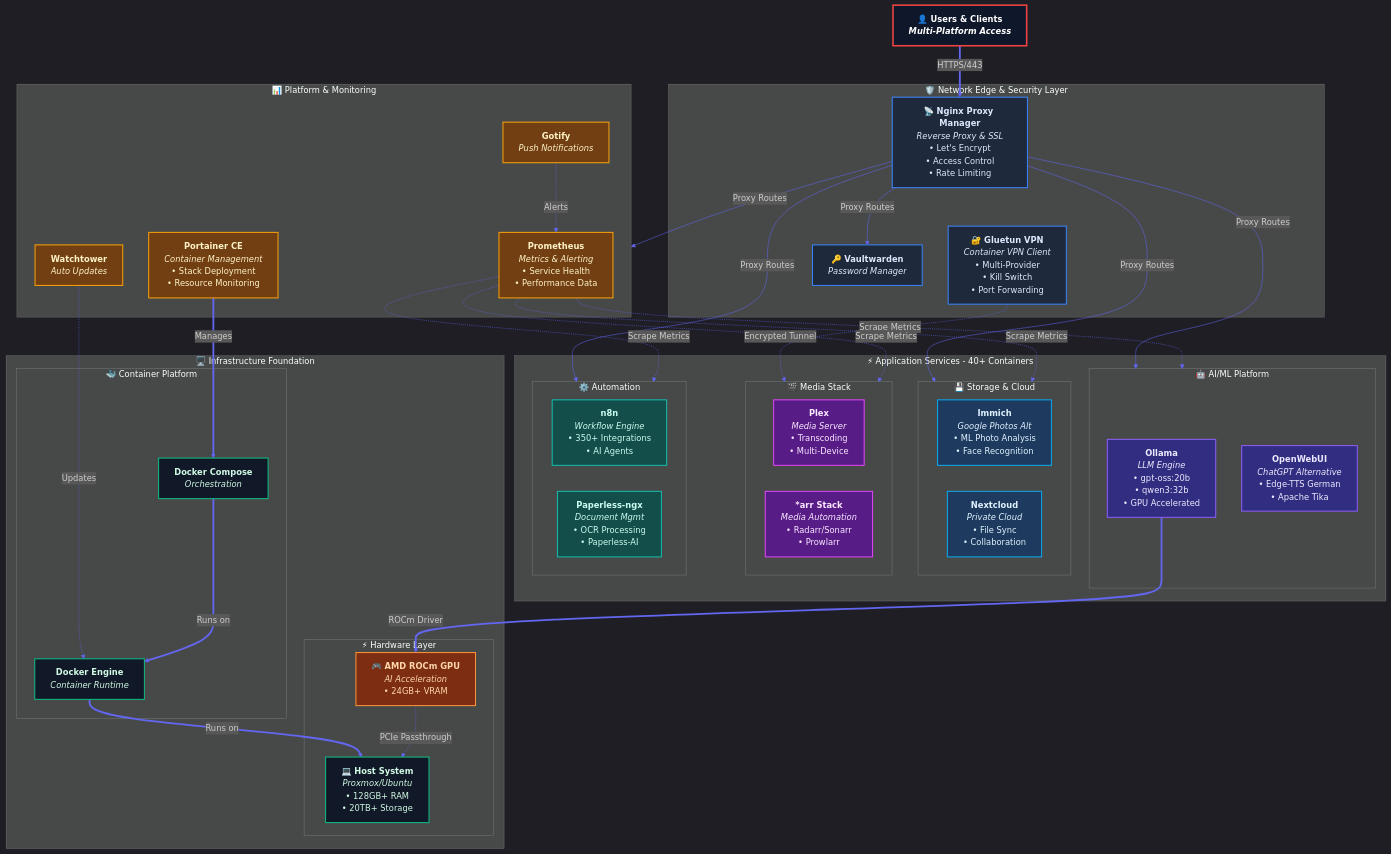
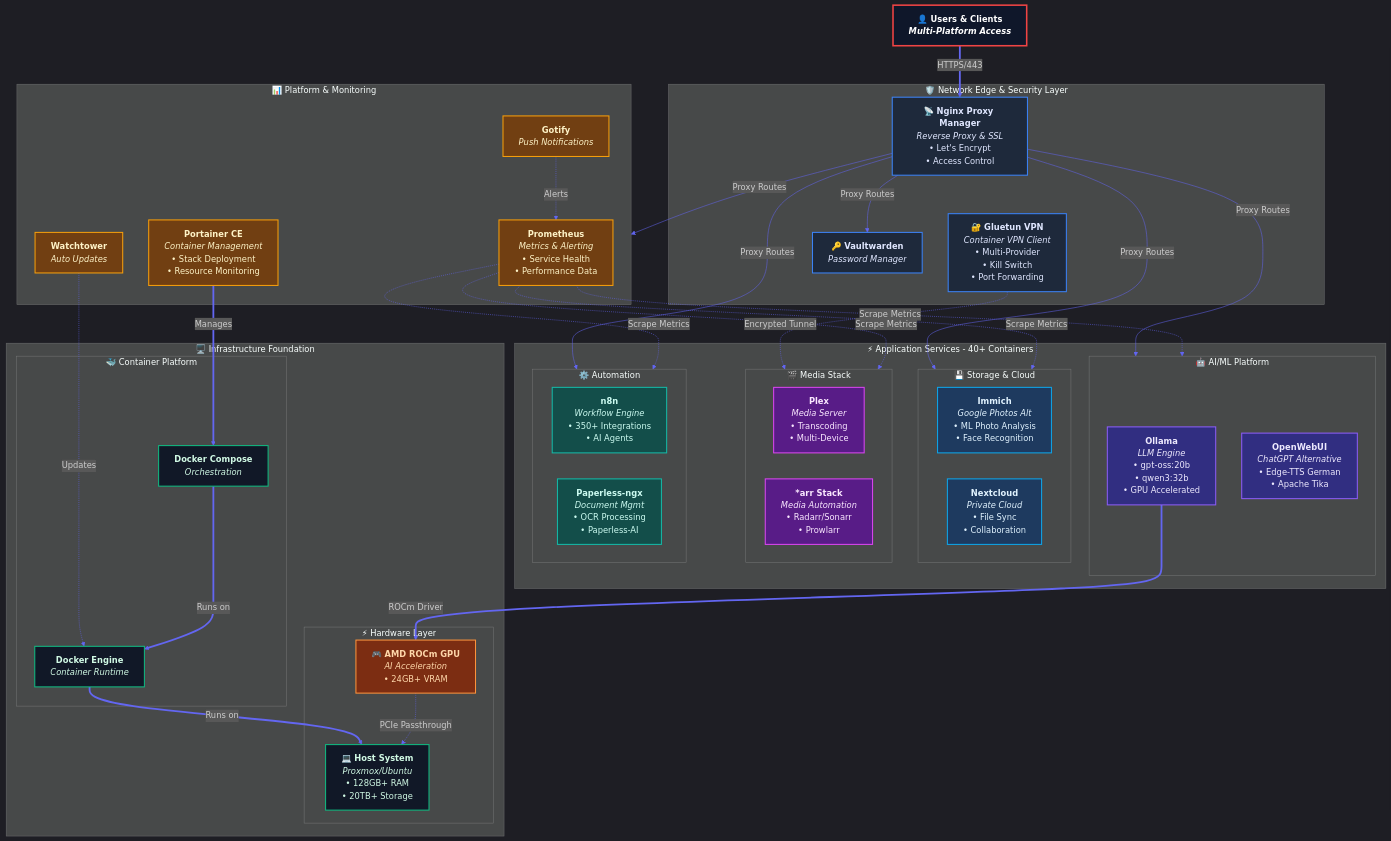
One commit to psimaker/homelab changed the first of 2 diagrams in README.md. Above: the diagram before and after it, drawn with Mermaid.

```diff
--- a/README.md
+++ b/README.md
@@ -18,7 +18,7 @@
     USER["👤 <b>Users & Clients</b><br/><i>Multi-Platform Access</i>"]
     
     subgraph EDGE["🛡️ Network Edge & Security Layer"]
-        NPM["📡 <b>Nginx Proxy Manager</b><br/><i>Reverse Proxy & SSL</i><br/>• Let's Encrypt<br/>• Access Control<br/>• Rate Limiting"]
+        NPM["📡 <b>Nginx Proxy Manager</b><br/><i>Reverse Proxy & SSL</i><br/>• Let's Encrypt<br/>• Access Control<br/>"]
         VPN["🔐 <b>Gluetun VPN</b><br/><i>Container VPN Client</i><br/>• Multi-Provider<br/>• Kill Switch<br/>• Port Forwarding"]
         VAULTWARDEN["🔑 <b>Vaultwarden</b><br/><i>Password Manager</i>"]
     end
```
